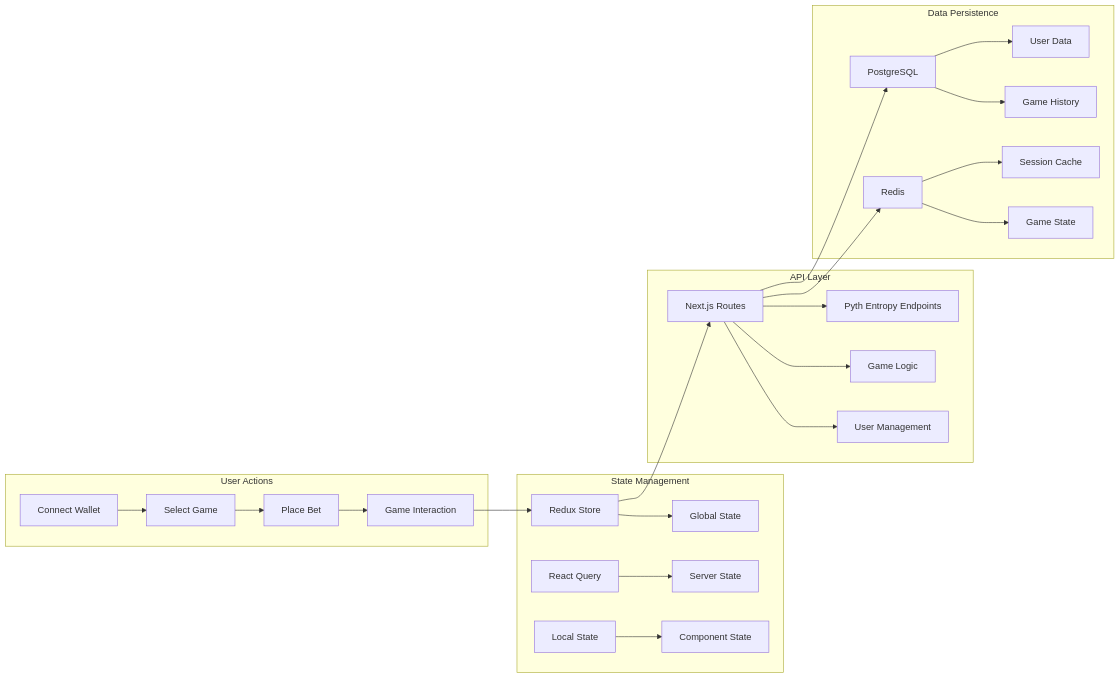
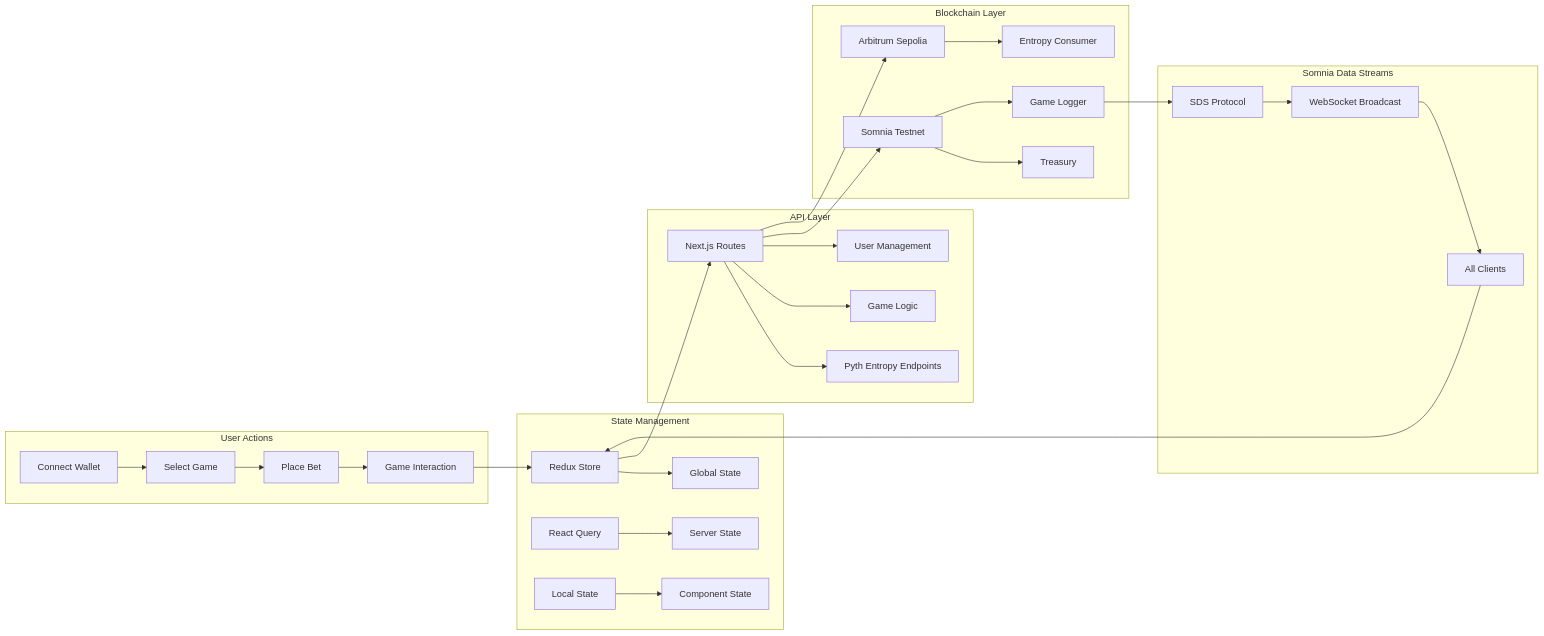
One commit to AmaanSayyad/APT-Casino-Somnia changed diagram 15 of 24 in MERMAID_DIAGRAMS.md. Above: the diagram before and after it, drawn with Mermaid. The commit also changed other lines of this file and 6 other files, not shown here.

Commit message:
diagrams and wd

````diff
--- a/MERMAID_DIAGRAMS.md
+++ b/MERMAID_DIAGRAMS.md
@@ -417,32 +527,38 @@
 ```mermaid
 graph LR
     subgraph Actions["User Actions"]
         A[Connect Wallet] --> B[Select Game]
         B --> C[Place Bet]
         C --> D[Game Interaction]
     end
     
     subgraph State["State Management"]
         E[Redux Store] --> F[Global State]
         G[React Query] --> H[Server State]
         I[Local State] --> J[Component State]
     end
     
     subgraph API["API Layer"]
         K[Next.js Routes] --> L[Pyth Entropy Endpoints]
         K --> M[Game Logic]
         K --> N[User Management]
     end
     
-    subgraph Persistence["Data Persistence"]
-        O[PostgreSQL] --> P[User Data]
-        O --> Q[Game History]
-        R[Redis] --> S[Session Cache]
-        R --> T[Game State]
+    subgraph Blockchain["Blockchain Layer"]
+        O[Somnia Testnet] --> P[Treasury]
+        O --> Q[Game Logger]
+        R[Arbitrum Sepolia] --> S[Entropy Consumer]
+    end
+    
+    subgraph Streaming["Somnia Data Streams"]
+        Q --> T[SDS Protocol]
+        T --> U[WebSocket Broadcast]
+        U --> V[All Clients]
     end
     
     D --> E
     E --> K
     K --> O
     K --> R
+    V --> E
 ```
````
